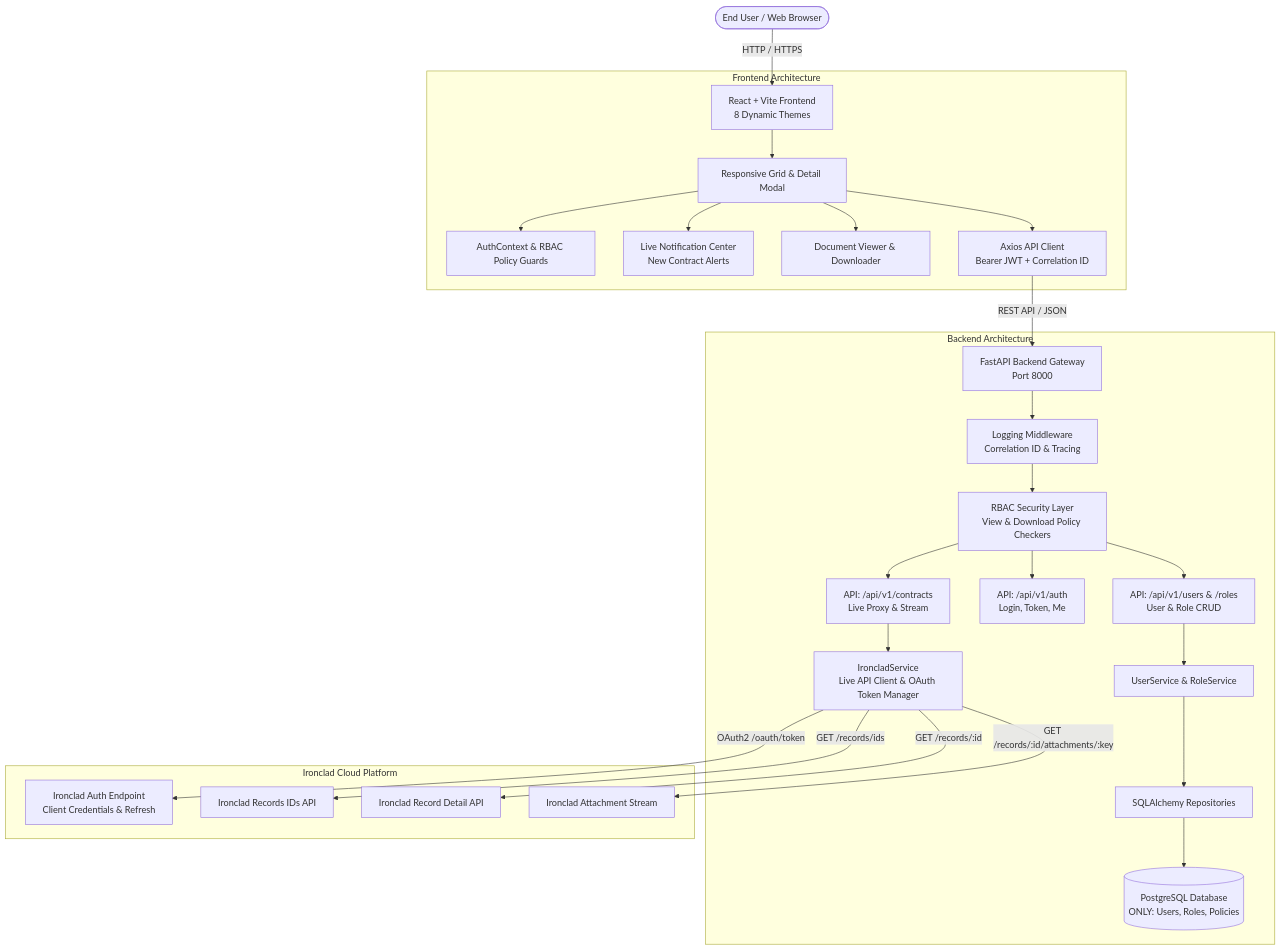
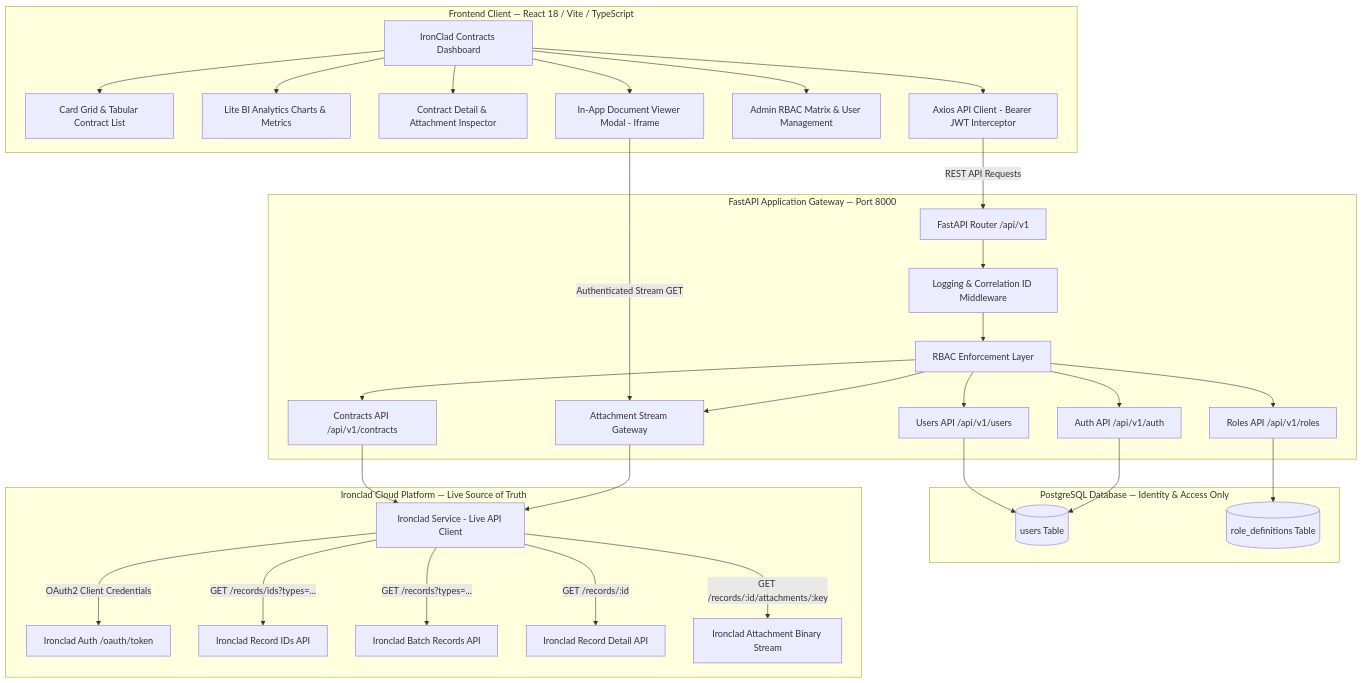
One commit to arulmb0136/demo changed the first of 4 diagrams in ARCHITECTURE.md. Above: the diagram before and after it, drawn with Mermaid. The commit also changed other lines of this file and 10 other files, not shown here.

Commit message:
update the fix file download and view

````diff
--- a/ARCHITECTURE.md
+++ b/ARCHITECTURE.md
@@ -20,36 +7,43 @@
 ```mermaid
-graph TD
-    User([End User / Web Browser]) -->|HTTP / HTTPS| FE[React + Vite Frontend\n8 Dynamic Themes]
-    
-    subgraph Frontend Architecture
-        FE --> UI[Responsive Grid & Detail Modal]
-        UI --> AuthCtx[AuthContext & RBAC Policy Guards]
-        UI --> NotifCenter[Live Notification Center\nNew Contract Alerts]
-        UI --> DocViewer[Document Viewer & Downloader]
-        UI --> AxiosClient[Axios API Client\nBearer JWT + Correlation ID]
+graph TB
+    subgraph Client Layer [Frontend Client — React 18 / Vite / TypeScript]
+        UI[IronClad Contracts Dashboard]
+        UI --> GridView[Card Grid & Tabular Contract List]
+        UI --> BiTool[Lite BI Analytics Charts & Metrics]
+        UI --> DetailModal[Contract Detail & Attachment Inspector]
+        UI --> DocViewer[In-App Document Viewer Modal - Iframe]
+        UI --> RBACUI[Admin RBAC Matrix & User Management]
+        UI --> AxiosClient[Axios API Client - Bearer JWT Interceptor]
     end
 
-    AxiosClient -->|REST API / JSON| Gateway[FastAPI Backend Gateway\nPort 8000]
-
-    subgraph Backend Architecture
-        Gateway --> MW[Logging Middleware\nCorrelation ID & Tracing]
-        MW --> Security[RBAC Security Layer\nView & Download Policy Checkers]
+    subgraph Gateway Layer [FastAPI Application Gateway — Port 8000]
+        AxiosClient -->|REST API Requests| Gateway[FastAPI Router /api/v1]
+        DocViewer -->|Authenticated Stream GET| StreamGateway[Attachment Stream Gateway]
         
-        Security --> UserRouter[API: /api/v1/users & /roles\nUser & Role CRUD]
-        Security --> AuthRouter[API: /api/v1/auth\nLogin, Token, Me]
-        Security --> ContractRouter[API: /api/v1/contracts\nLive Proxy & Stream]
+        Gateway --> AuthMiddleware[Logging & Correlation ID Middleware]
+        AuthMiddleware --> SecurityRBAC[RBAC Enforcement Layer]
         
-        UserRouter --> UserService[UserService & RoleService]
-        UserService --> PGRepo[SQLAlchemy Repositories]
-        PGRepo --> PostgreSQL[(PostgreSQL Database\nONLY: Users, Roles, Policies)]
-        
-        ContractRouter --> IroncladService[IroncladService\nLive API Client & OAuth Token Manager]
+        SecurityRBAC --> AuthAPI[Auth API /api/v1/auth]
+        SecurityRBAC --> RolesAPI[Roles API /api/v1/roles]
+        SecurityRBAC --> UsersAPI[Users API /api/v1/users]
+        SecurityRBAC --> ContractsAPI[Contracts API /api/v1/contracts]
+        SecurityRBAC --> StreamGateway
     end
 
-    subgraph Ironclad Cloud Platform
-        IroncladService -->|OAuth2 /oauth/token| ICToken[Ironclad Auth Endpoint\nClient Credentials & Refresh]
-        IroncladService -->|GET /records/ids| ICRecordsIds[Ironclad Records IDs API]
-        IroncladService -->|GET /records/:id| ICRecordDetail[Ironclad Record Detail API]
-        IroncladService -->|GET /records/:id/attachments/:key| ICAttachment[Ironclad Attachment Stream]
+    subgraph Persistence Layer [PostgreSQL Database — Identity & Access Only]
+        UsersAPI --> PGUsers[(users Table)]
+        RolesAPI --> PGRoles[(role_definitions Table)]
+        AuthAPI --> PGUsers
+    end
+
+    subgraph External Integration [Ironclad Cloud Platform — Live Source of Truth]
+        ContractsAPI --> IroncladService[Ironclad Service - Live API Client]
+        StreamGateway --> IroncladService
+        
+        IroncladService -->|OAuth2 Client Credentials| ICOAuth[Ironclad Auth /oauth/token]
+        IroncladService -->|GET /records/ids?types=...| ICIds[Ironclad Record IDs API]
+        IroncladService -->|GET /records?types=...| ICRecords[Ironclad Batch Records API]
+        IroncladService -->|GET /records/:id| ICDetail[Ironclad Record Detail API]
+        IroncladService -->|GET /records/:id/attachments/:key| ICStream[Ironclad Attachment Binary Stream]
     end
 ```
````
